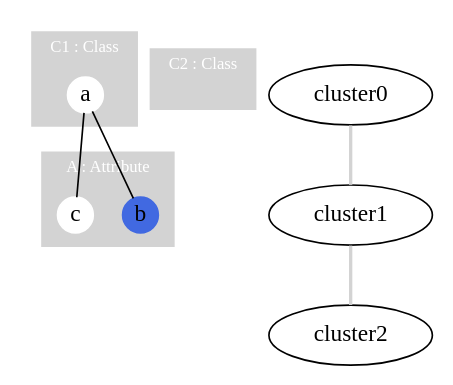
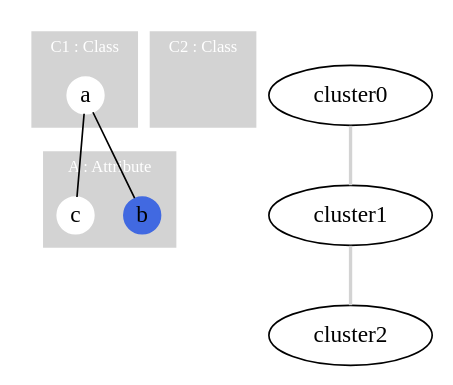
The diagram in plugins/org.sidiff.consistency.graphpattern.sandbox/dot/example_fdp.dot (repairvision/repairvision), drawn with Graphviz before and after one commit. The commit also changed 8 other files, not shown here.

```diff
--- a/plugins/org.sidiff.consistency.graphpattern.sandbox/dot/example_fdp.dot
+++ b/plugins/org.sidiff.consistency.graphpattern.sandbox/dot/example_fdp.dot
@@ -1,52 +1,52 @@
 graph G {
 	
 	compound=true;
 	
 	subgraph cluster0 {
-		node [style=filled, shape=circle, color=white, height=0.02, width=0.01, margin=0.0];
+		node [style=filled, shape=circle, color=white, height=0.3, width=0.3, margin=0.0];
 
 		style=filled;
 		color=lightgrey;
 		fontcolor=white;
 		fontname=bold;
 		fontsize=10;
 
 		label="C1 : Class";
 
 		a;
 	}
 	
 	subgraph cluster1 {
-		node [style=filled, shape=circle, color=white, height=0.02, width=0.01, margin=0.0];
+		node [style=filled, shape=circle, color=white, height=0.3, width=0.3, margin=0.0];
 
 		style=filled;
 		color=lightgrey;
 		fontcolor=white;
 		fontname=bold;
 		fontsize=10;
 
 		label="A : Attribute";
 
 		b [color=royalblue];
 		c;
 	}
 	
 	subgraph cluster2 {
-		node [style=filled, shape=circle, color=white, height=0.02, width=0.01, margin=0.0];
+		node [style=filled, shape=circle, color=white, height=0.3, width=0.3, margin=0.0];
 
 		style=filled;
 		color=lightgrey;
 		fontcolor=white;
 		fontname=bold;
 		fontsize=10;
 
 		label="C2 : Class";
 
-		c0 [style=invis, label="", height=0.02, width=0.01];
+		c0 [style=invis, label="", height=0.3, width=0.3];
 	}
 	
 	cluster0 -- cluster1  [penwidth=2, color=lightgrey];
 	cluster1 -- cluster2  [penwidth=2, color=lightgrey];
 	a -- b;
 	a -- c;
 }
```
